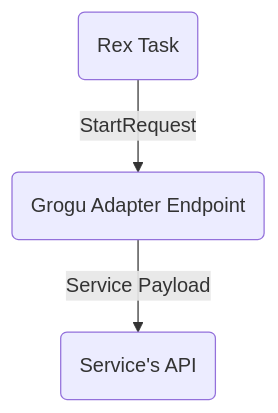
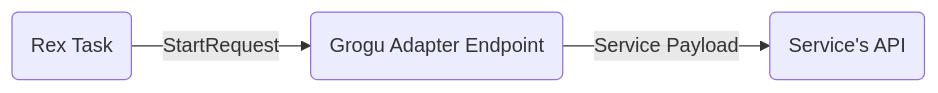
The diagram in src/main/java/org/jboss/pnc/dingrogu/rest/adapter/README.md (thescouser89/dingrogu), drawn with Mermaid before and after one commit.

Commit message:
left to right

````diff
--- a/src/main/java/org/jboss/pnc/dingrogu/rest/adapter/README.md
+++ b/src/main/java/org/jboss/pnc/dingrogu/rest/adapter/README.md
@@ -11,5 +11,5 @@
 ```mermaid
-graph TD
+graph LR 
     RexTask(Rex Task) -->|StartRequest| GroguAdapter(Grogu Adapter Endpoint) 
     GroguAdapter-->|Service Payload| ServiceAPI(Service's API)
 ```
````
